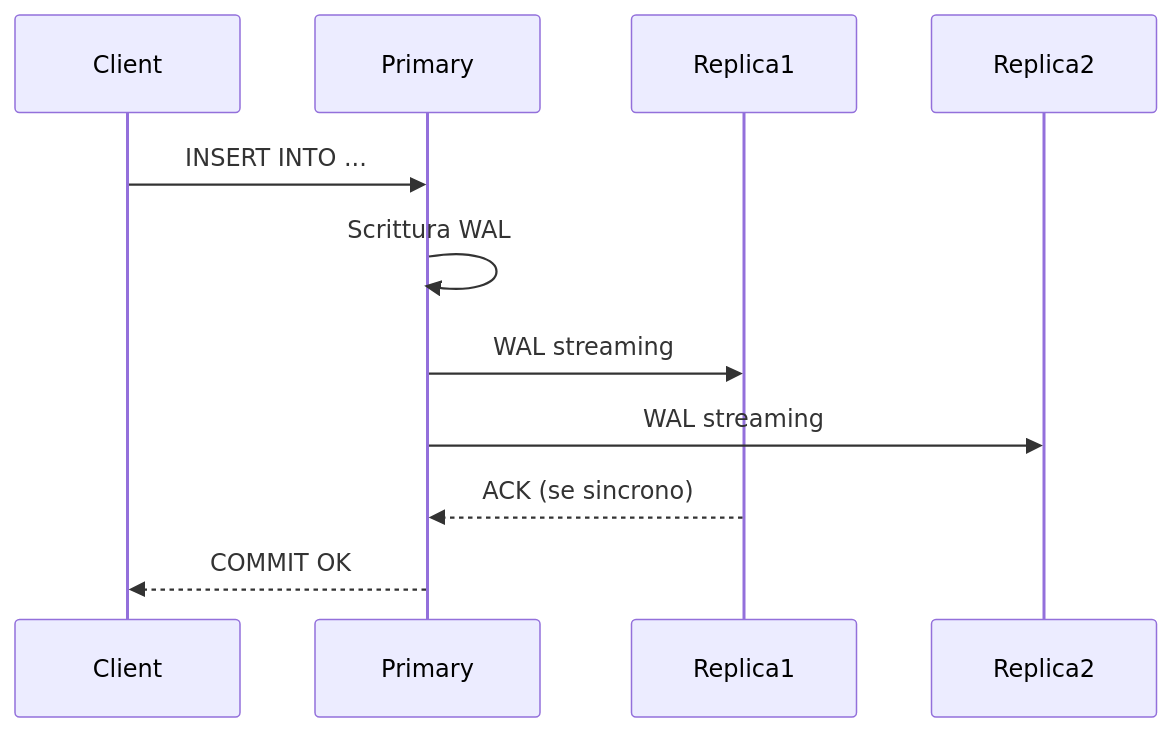
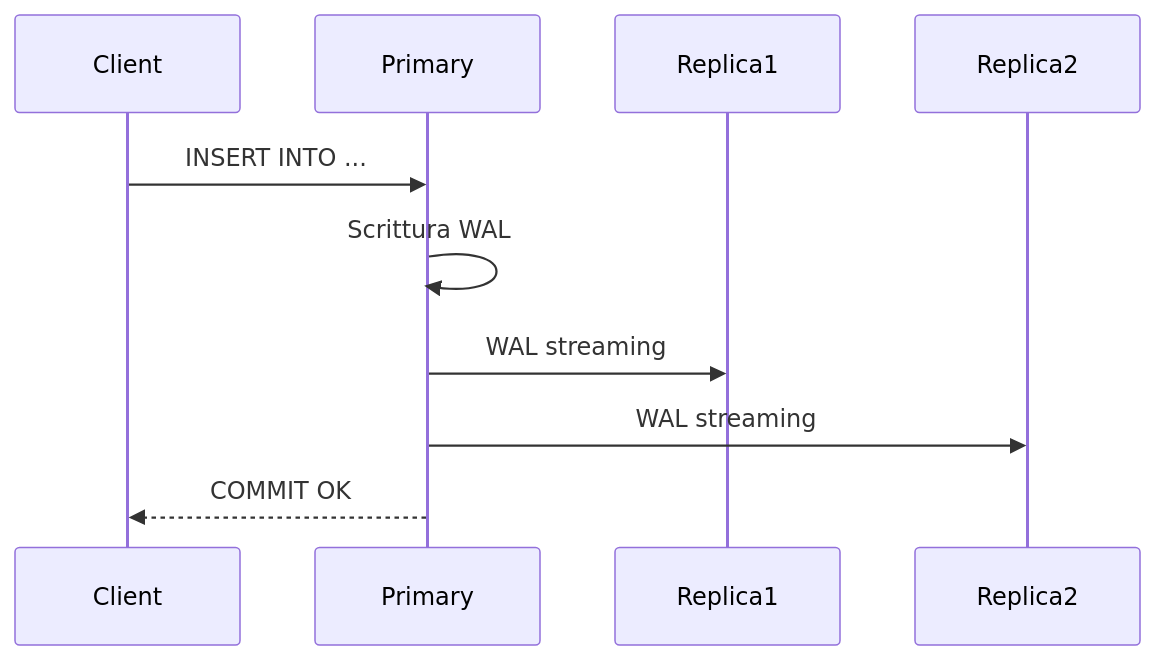
One commit to HidoraSwiss/hikube-public-doc changed the second of 2 diagrams in i18n/it/docusaurus-plugin-content-docs/current/services/databases/postgresql/concepts.md. Above: the diagram before and after it, drawn with Mermaid. The commit also changed other lines of this file and 148 other files, not shown here.

````diff
--- a/i18n/it/docusaurus-plugin-content-docs/current/services/databases/postgresql/concepts.md
+++ b/i18n/it/docusaurus-plugin-content-docs/current/services/databases/postgresql/concepts.md
@@ -81,14 +62,13 @@
 ```mermaid
 sequenceDiagram
     participant Client
     participant Primary
     participant Replica1
     participant Replica2
 
     Client->>Primary: INSERT INTO ...
     Primary->>Primary: Scrittura WAL
     Primary->>Replica1: WAL streaming
     Primary->>Replica2: WAL streaming
-    Replica1-->>Primary: ACK (se sincrono)
     Primary-->>Client: COMMIT OK
 ```
````
